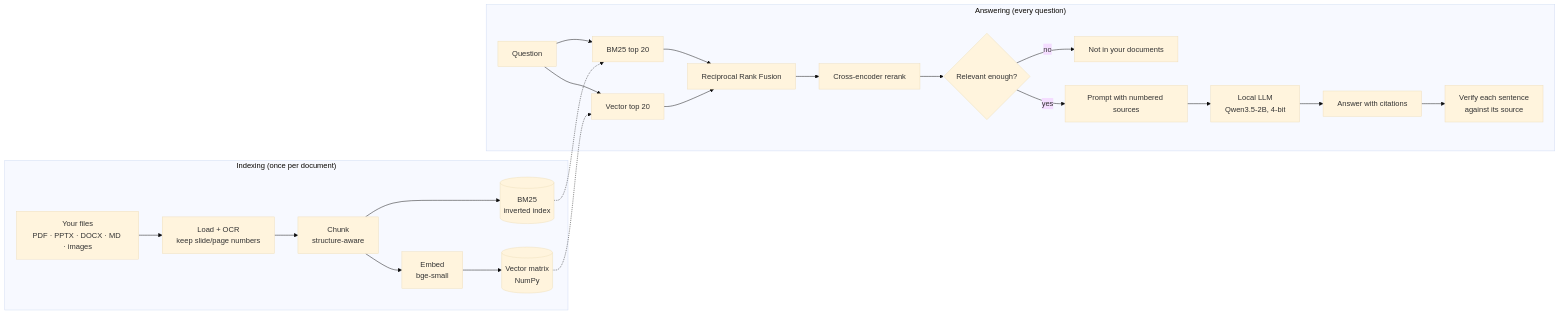
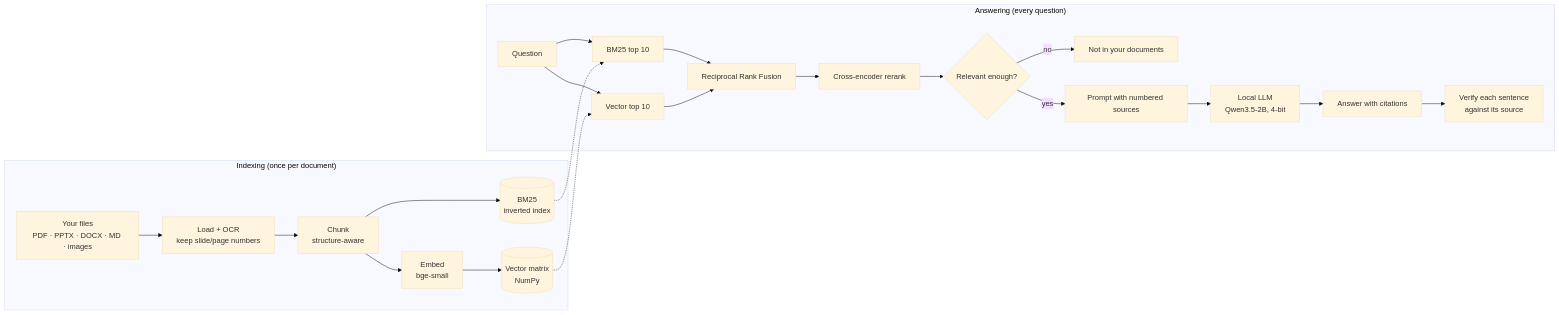
One commit to Abubakar-idrees-01/data-to-impact changed the diagram in 01-rag-from-scratch/docs/HOW_IT_WORKS.md. Above: the diagram before and after it, drawn with Mermaid (base theme). The commit also changed other lines of this file and 7 other files, not shown here.

````diff
--- a/01-rag-from-scratch/docs/HOW_IT_WORKS.md
+++ b/01-rag-from-scratch/docs/HOW_IT_WORKS.md
@@ -12,24 +12,24 @@
 ```mermaid
 flowchart LR
     subgraph Indexing["Indexing (once per document)"]
         F[Your files<br/>PDF · PPTX · DOCX · MD · images] --> L[Load + OCR<br/>keep slide/page numbers]
         L --> C[Chunk<br/>structure-aware]
         C --> B[(BM25<br/>inverted index)]
         C --> E[Embed<br/>bge-small] --> V[(Vector matrix<br/>NumPy)]
     end
     subgraph Answering["Answering (every question)"]
-        Q[Question] --> B2[BM25 top 20]
-        Q --> V2[Vector top 20]
+        Q[Question] --> B2[BM25 top 10]
+        Q --> V2[Vector top 10]
         B2 --> R[Reciprocal Rank Fusion]
         V2 --> R
         R --> X[Cross-encoder rerank]
         X --> D{Relevant enough?}
         D -- no --> N["Not in your documents"]
         D -- yes --> P[Prompt with numbered sources]
         P --> M[Local LLM<br/>Qwen3.5-2B, 4-bit]
         M --> A[Answer with citations]
         A --> W[Verify each sentence<br/>against its source]
     end
     B -.-> B2
     V -.-> V2
 ```
````
